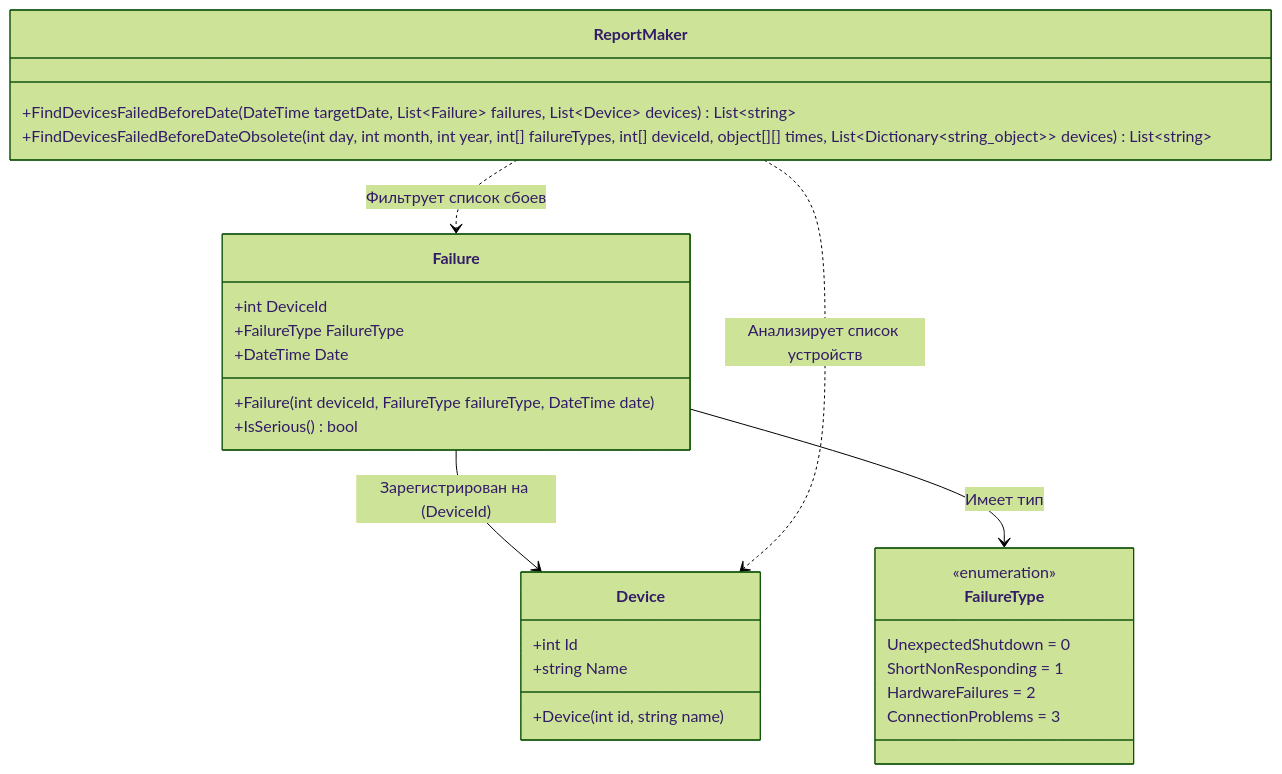
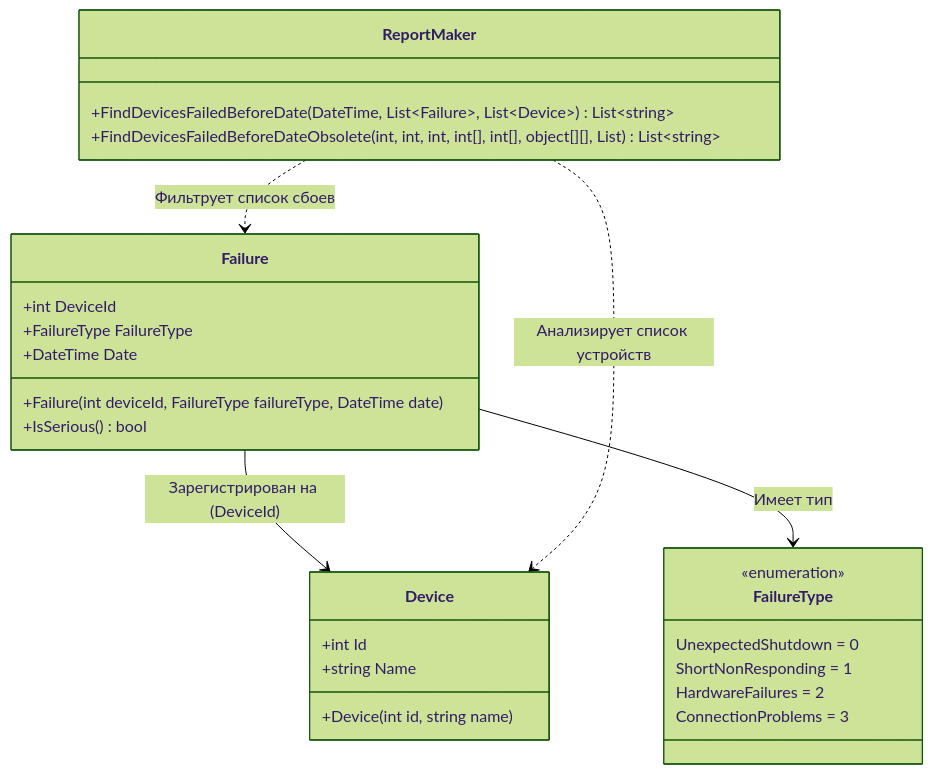
Before and after one commit to NingerangorOid/Praktika_2026: the diagram in sboi.md, drawn with Mermaid (forest theme).

Commit message:
sboi.md final

````diff
--- a/sboi.md
+++ b/sboi.md
@@ -1,39 +1,37 @@
 ```mermaid
 classDiagram
-    %% Определение перечисления
+    %% Перечисление
     class FailureType {
         <<enumeration>>
         UnexpectedShutdown = 0
         ShortNonResponding = 1
         HardwareFailures = 2
         ConnectionProblems = 3
     }
 
-    %% Определение классов
+    %% Классы
     class Device {
         +int Id
         +string Name
         +Device(int id, string name)
     }
 
     class Failure {
         +int DeviceId
         +FailureType FailureType
         +DateTime Date
         +Failure(int deviceId, FailureType failureType, DateTime date)
         +IsSerious() bool
     }
 
     class ReportMaker {
-        +FindDevicesFailedBeforeDate(DateTime targetDate, List~Failure~ failures, List~Device~ devices) List~string~
-        +FindDevicesFailedBeforeDateObsolete(int day, int month, int year, int[] failureTypes, int[] deviceId, object[][] times, List~Dictionary~string_object~~ devices) List~string~
+        +FindDevicesFailedBeforeDate(DateTime, List~Failure~, List~Device~) List~string~
+        +FindDevicesFailedBeforeDateObsolete(int, int, int, int[], int[], object[][], List) List~string~
     }
 
-    %% Определение связей и структурных отношений
     Failure --> FailureType : Имеет тип
     Failure --> Device : Зарегистрирован на (DeviceId)
     
-    %% Зависимости логики (генератор отчетов обрабатывает списки этих сущностей)
     ReportMaker ..> Device : Анализирует список устройств
     ReportMaker ..> Failure : Фильтрует список сбоев
 ```
````
